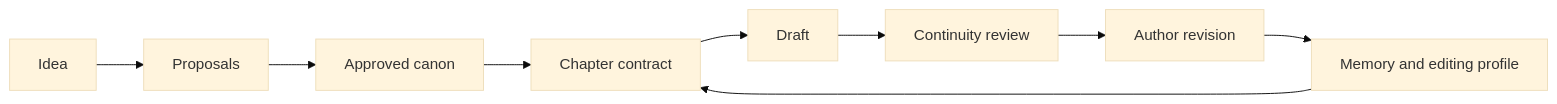
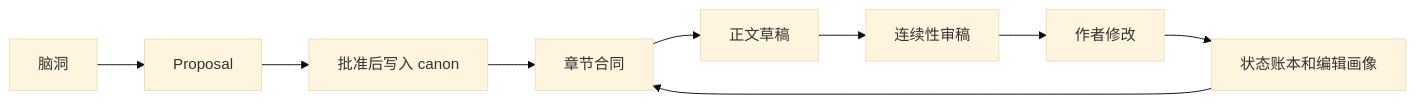
The second of 2 diagrams in README.md (waylean/plotrail), drawn with Mermaid (base theme) before and after one commit. The commit also changed other lines of this file and 16 other files, not shown here.

````diff
--- a/README.md
+++ b/README.md
@@ -114,11 +194,11 @@
 ```mermaid
 flowchart LR
-  A["Idea"] --> B["Proposals"]
-  B --> C["Approved canon"]
-  C --> D["Chapter contract"]
-  D --> E["Draft"]
-  E --> F["Continuity review"]
-  F --> G["Author revision"]
-  G --> H["Memory and editing profile"]
+  A["脑洞"] --> B["Proposal"]
+  B --> C["批准后写入 canon"]
+  C --> D["章节合同"]
+  D --> E["正文草稿"]
+  E --> F["连续性审稿"]
+  F --> G["作者修改"]
+  G --> H["状态账本和编辑画像"]
   H --> D
 ```
````
